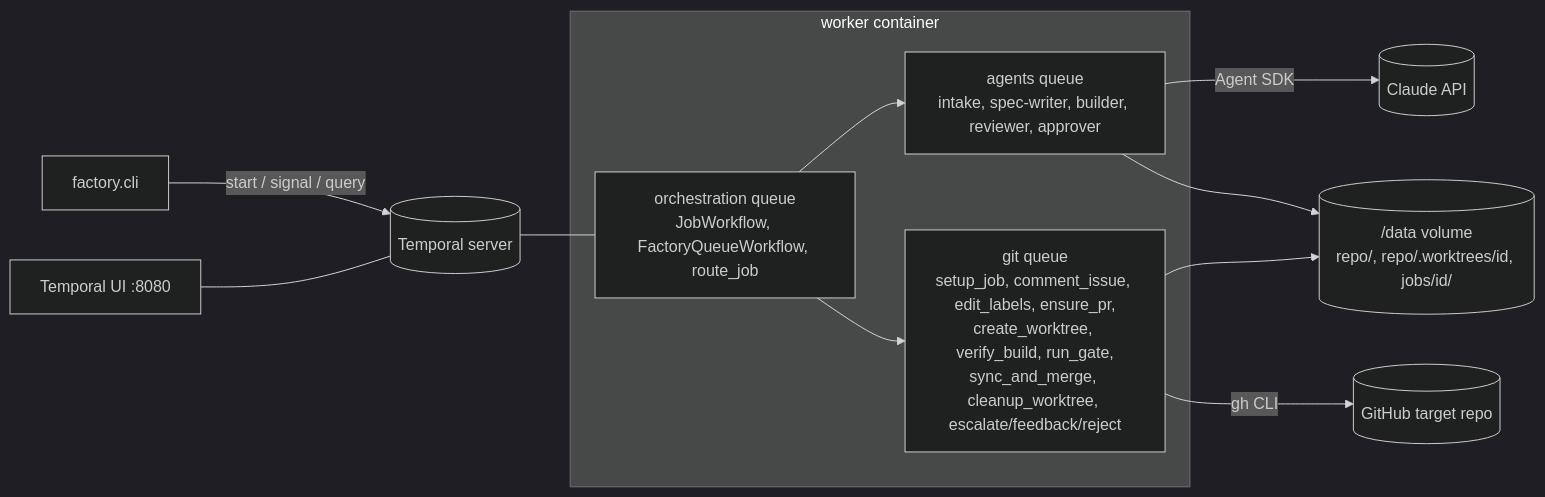
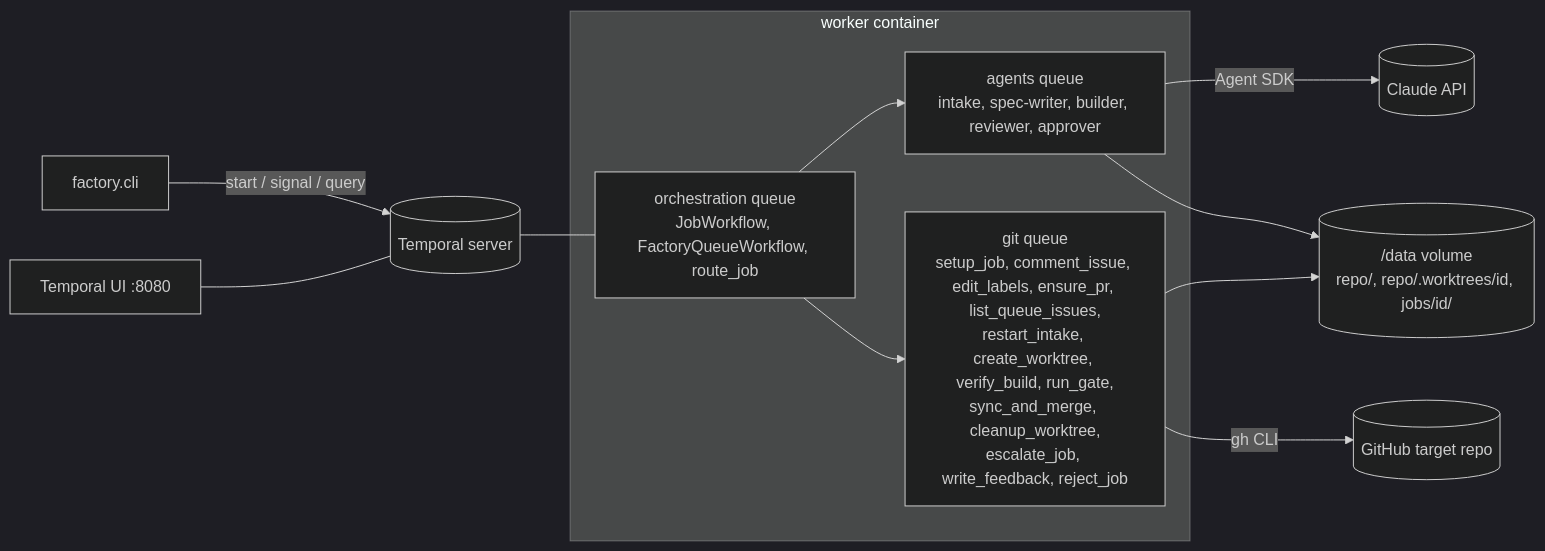
The third of 3 diagrams in features/temporal_factory/Pipeline flow.md (tfiling/temporal-factory), drawn with Mermaid (dark theme) before and after one commit. The commit also changed other lines of this file and 11 other files, not shown here.

````diff
--- a/features/temporal_factory/Pipeline flow.md
+++ b/features/temporal_factory/Pipeline flow.md
@@ -70,17 +74,17 @@
 ```mermaid
 flowchart LR
     cli[factory.cli] -->|start / signal / query| temporal[(Temporal server)]
     ui[Temporal UI :8080] --- temporal
     temporal --- orch
 
     subgraph worker [worker container]
         orch["orchestration queue<br/>JobWorkflow, FactoryQueueWorkflow, route_job"]
         agents["agents queue<br/>intake, spec-writer, builder, reviewer, approver"]
-        git["git queue<br/>setup_job, comment_issue, edit_labels, ensure_pr,<br/>create_worktree, verify_build, run_gate,<br/>sync_and_merge, cleanup_worktree, escalate/feedback/reject"]
+        git["git queue<br/>setup_job, comment_issue, edit_labels, ensure_pr, list_queue_issues,<br/>restart_intake, create_worktree, verify_build, run_gate,<br/>sync_and_merge, cleanup_worktree,<br/>escalate_job, write_feedback, reject_job"]
     end
 
     orch --> agents & git
     agents -->|Agent SDK| claude[(Claude API)]
     git -->|gh CLI| github[(GitHub target repo)]
     agents & git --> data[("/data volume<br/>repo/, repo/.worktrees/id, jobs/id/")]
 ```
````
